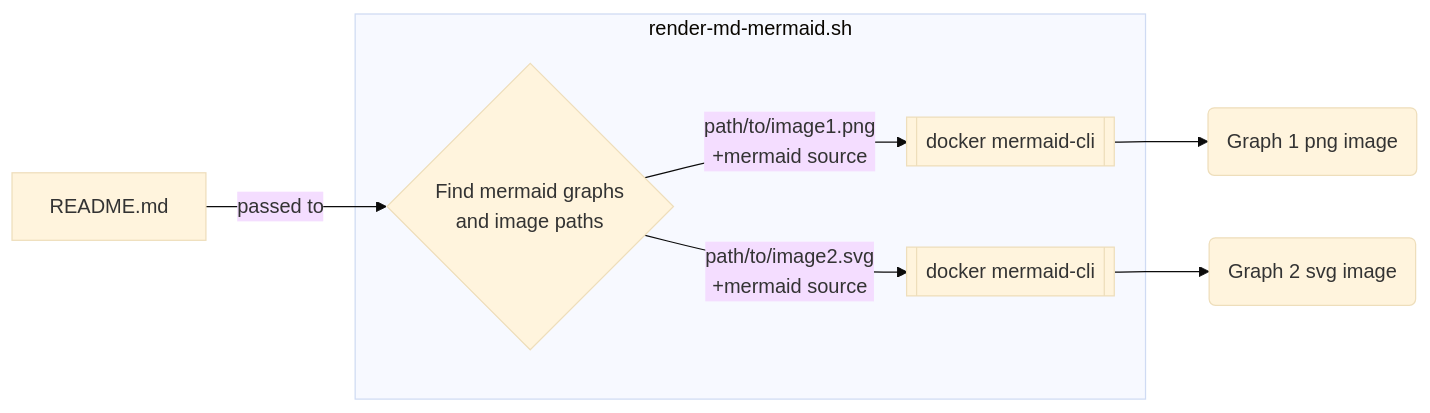
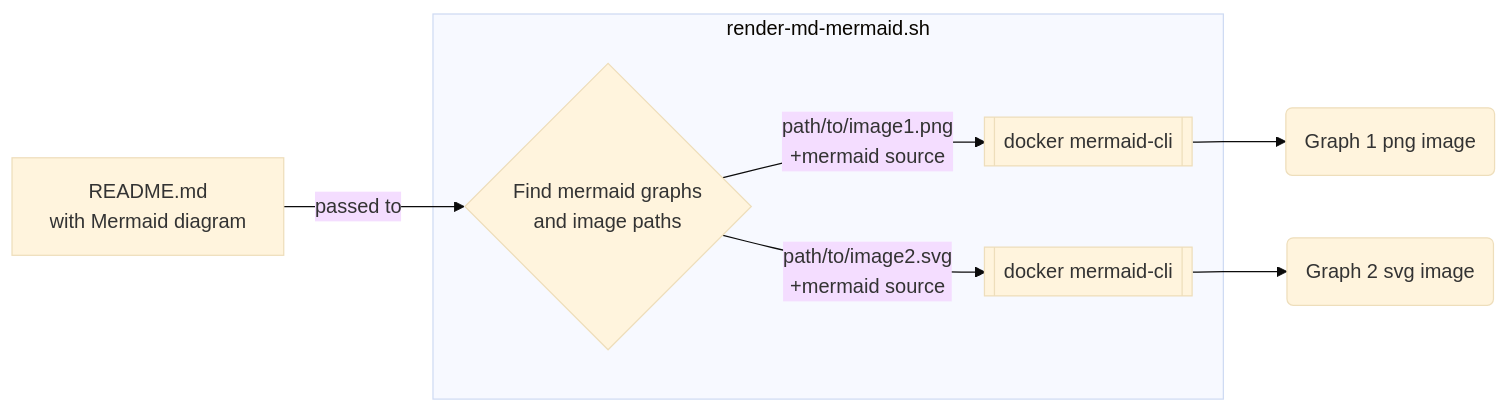
The diagram in README.md (nielsvaneck/render-md-mermaid), drawn with Mermaid (base theme) before and after one commit. The commit also changed other lines of this file, not shown here.

````diff
--- a/README.md
+++ b/README.md
@@ -45,17 +45,17 @@
 ```mermaid
 graph LR
-    A[README.md]
+    A[README.md<br>with Mermaid diagram]
     B{Find mermaid graphs<br>and image paths}
     C[[docker mermaid-cli]]
     D[[docker mermaid-cli]]
     E(Graph 1 png image)
     F(Graph 2 svg image)
 
     A -->|passed to| B
     subgraph render-md-mermaid.sh
       B --> |path/to/image1.png<br>+mermaid source| C
       B --> |path/to/image2.svg<br>+mermaid source| D
     end
     C --> E
     D --> F
 ```
````
